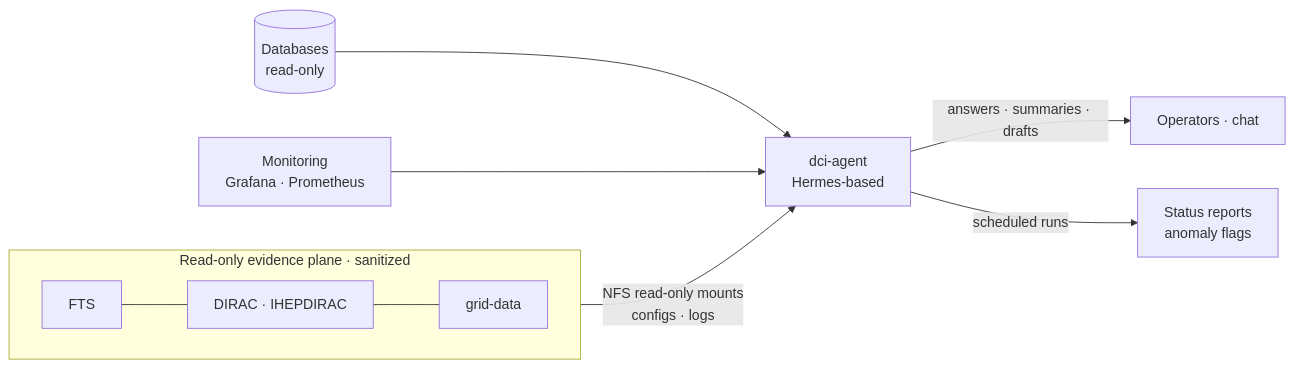
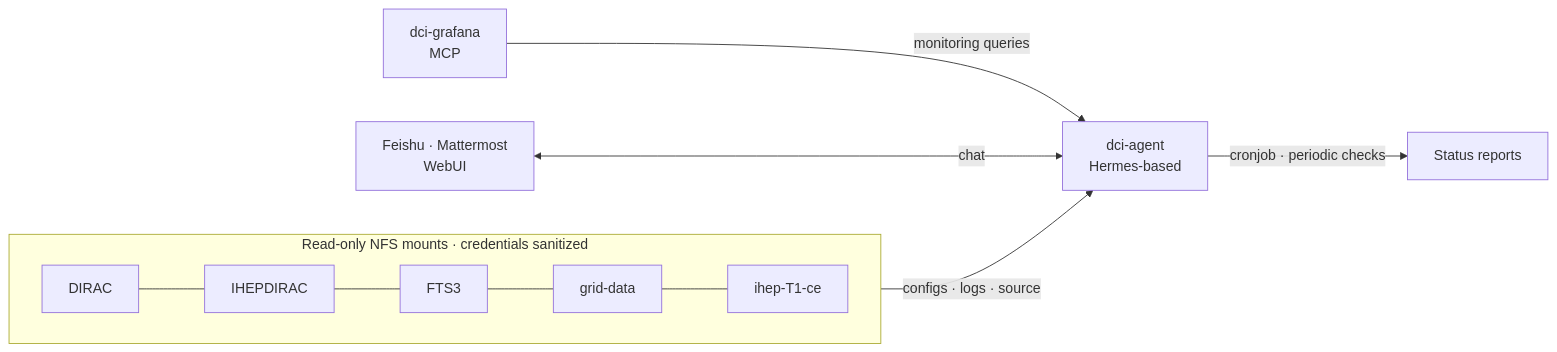
One commit to hanx-hep/12th-diracx-workshop changed the first of 3 diagrams in slides.md. Above: the diagram before and after it, drawn with Mermaid. The commit also changed other lines of this file and 2 other files, not shown here.

````diff
--- a/slides.md
+++ b/slides.md
@@ -214,12 +174,11 @@
-```mermaid {scale: 0.5}
+```mermaid {scale: 0.44}
 flowchart LR
-    subgraph RO[Read-only evidence plane · sanitized]
+    subgraph RO[Read-only NFS mounts · credentials sanitized]
         direction LR
-        F1[FTS] --- F2[DIRAC · IHEPDIRAC] --- F3[grid-data]
+        F1[DIRAC] --- F2[IHEPDIRAC] --- F3[FTS3] --- F4[grid-data] --- F5[ihep-T1-ce]
     end
-    RO -->|NFS read-only mounts<br/>configs · logs| A[dci-agent<br/>Hermes-based]
-    DB[(Databases<br/>read-only)] --> A
-    MON[Monitoring<br/>Grafana · Prometheus] --> A
-    A -->|answers · summaries · drafts| C[Operators · chat]
-    A -->|scheduled runs| R[Status reports<br/>anomaly flags]
+    RO -->|configs · logs · source| A[dci-agent<br/>Hermes-based]
+    MCP[dci-grafana<br/>MCP] -->|monitoring queries| A
+    A -->|cronjob · periodic checks| R[Status reports]
+    UI[Feishu · Mattermost<br/>WebUI] <-->|chat| A
 ```
````
